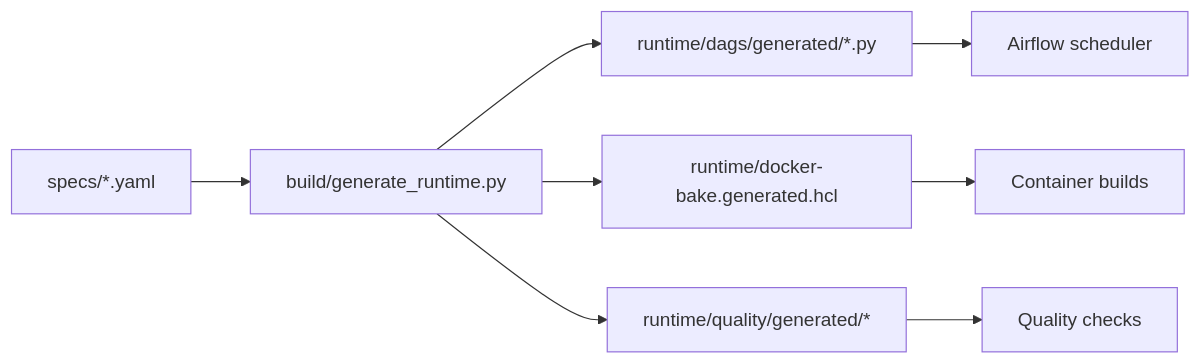
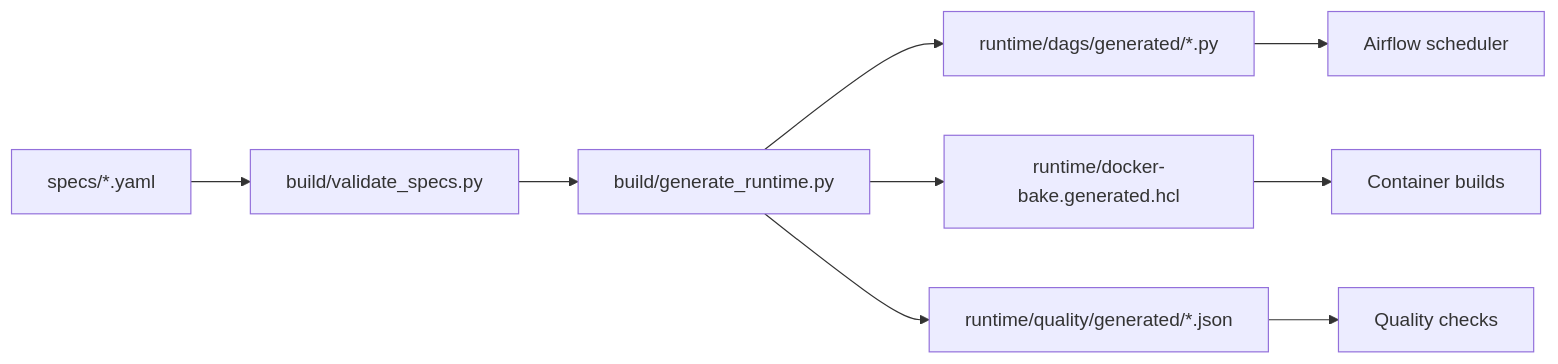
Before and after one commit to lh3nry/friendly-giggle: the first of 5 diagrams in README.md, drawn with Mermaid. The commit also changed other lines of this file and 57 other files, not shown here.

Commit message:
Update with sample data schema that matches data sources discussed on Discord. Added demo scripts with sample login, with more explanation in readme

````diff
--- a/README.md
+++ b/README.md
@@ -26,10 +18,11 @@
 ```mermaid
 flowchart LR
-  A[specs/*.yaml] --> B[build/generate_runtime.py]
-  B --> C[runtime/dags/generated/*.py]
-  B --> D[runtime/docker-bake.generated.hcl]
-  B --> E[runtime/quality/generated/*]
-  C --> F[Airflow scheduler]
-  D --> G[Container builds]
-  E --> H[Quality checks]
+  A[specs/*.yaml] --> B[build/validate_specs.py]
+  B --> C[build/generate_runtime.py]
+  C --> D[runtime/dags/generated/*.py]
+  C --> E[runtime/docker-bake.generated.hcl]
+  C --> F[runtime/quality/generated/*.json]
+  D --> G[Airflow scheduler]
+  E --> H[Container builds]
+  F --> I[Quality checks]
 ```
````
